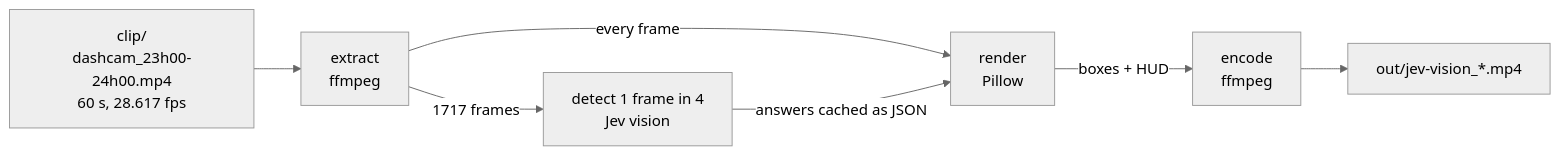
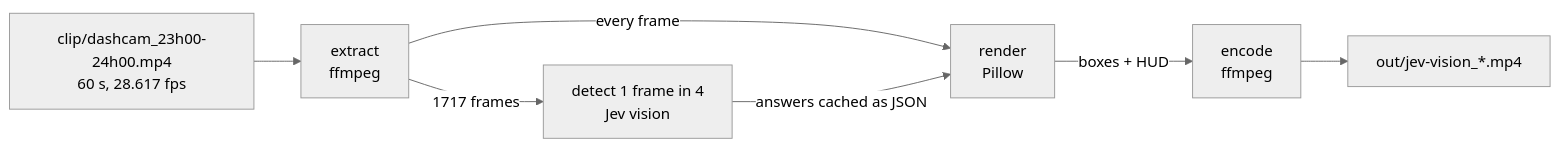
The first of 5 diagrams in README.md (Amr-devman/jev-self-driving-vision-demo), drawn with Mermaid (neutral theme) before and after one commit. The commit also changed other lines of this file, not shown here.

Commit message:
README: mermaid-safe labels, title matches repo name

````diff
--- a/README.md
+++ b/README.md
@@ -12,9 +12,9 @@
 ```mermaid
 flowchart LR
-    A[clip/<br/>dashcam_23h00-24h00.mp4<br/>60 s, 28.617 fps] --> B[extract<br/>ffmpeg]
-    B -->|1717 frames| C[detect 1 frame in 4<br/>Jev vision]
-    B -->|every frame| D[render<br/>Pillow]
+    A["clip/dashcam_23h00-24h00.mp4<br/>60 s, 28.617 fps"] --> B[extract<br/>ffmpeg]
+    B -->|1717 frames| C["detect 1 frame in 4<br/>Jev vision"]
+    B -->|every frame| D["render<br/>Pillow"]
     C -->|answers cached as JSON| D
-    D -->|boxes + HUD| E[encode<br/>ffmpeg]
-    E --> F[out/jev-vision_*.mp4]
+    D -->|boxes + HUD| E["encode<br/>ffmpeg"]
+    E --> F["out/jev-vision_*.mp4"]
 ```
````
